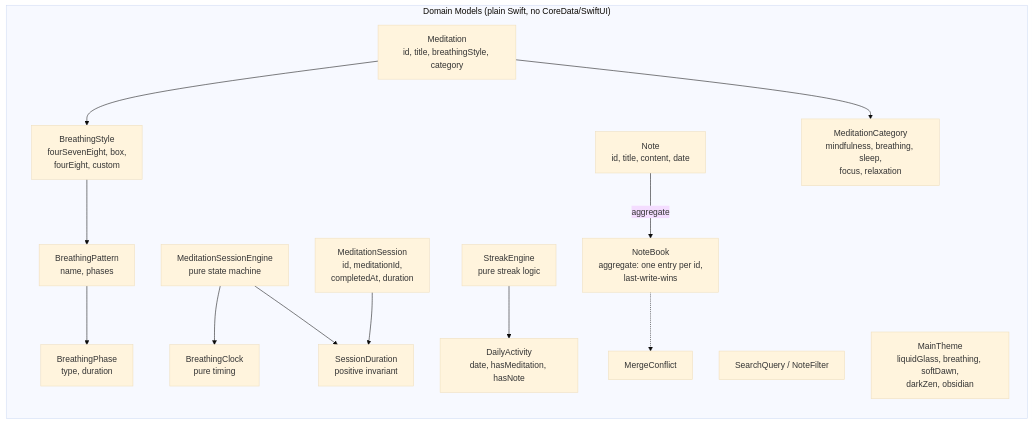
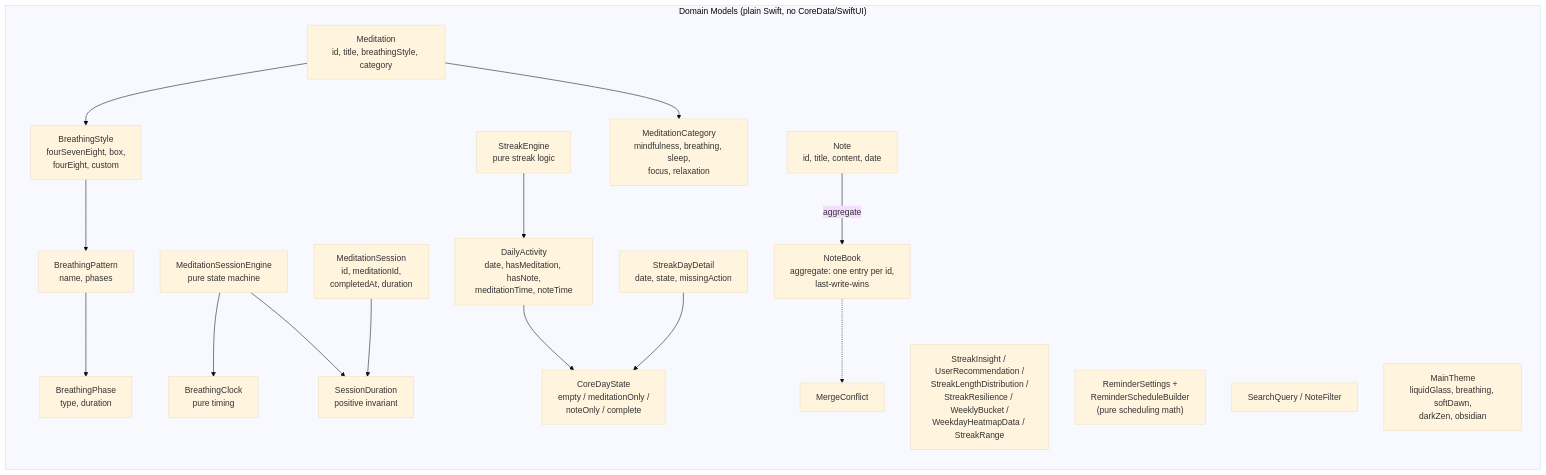
The fourth of 8 diagrams in ARCHITECTURE.md (kwazzar/MeditateAndNote), drawn with Mermaid (base theme) before and after one commit. The commit also changed other lines of this file, not shown here.

Commit message:
docs: update ARCHITECTURE.md for onboarding, reminders, streak insights and concurrency changes

````diff
--- a/ARCHITECTURE.md
+++ b/ARCHITECTURE.md
@@ -133,32 +181,38 @@
 ```mermaid
 graph LR
     subgraph Models["Domain Models (plain Swift, no CoreData/SwiftUI)"]
         Note["Note<br/>id, title, content, date"]
         NoteBook["NoteBook<br/>aggregate: one entry per id,<br/>last-write-wins"]
         MergeConflict["MergeConflict"]
         Meditation["Meditation<br/>id, title, breathingStyle, category"]
         BreathingStyle["BreathingStyle<br/>fourSevenEight, box,<br/>fourEight, custom"]
         BreathingPattern["BreathingPattern<br/>name, phases"]
         BreathingPhase["BreathingPhase<br/>type, duration"]
         MeditationCategory["MeditationCategory<br/>mindfulness, breathing, sleep,<br/>focus, relaxation"]
         Session["MeditationSession<br/>id, meditationId,<br/>completedAt, duration"]
         SessionDuration["SessionDuration<br/>positive invariant"]
         Engine["MeditationSessionEngine<br/>pure state machine"]
         Clock["BreathingClock<br/>pure timing"]
-        DailyAct["DailyActivity<br/>date, hasMeditation, hasNote"]
+        DayState["CoreDayState<br/>empty / meditationOnly /<br/>noteOnly / complete"]
+        DailyAct["DailyActivity<br/>date, hasMeditation, hasNote,<br/>meditationTime, noteTime"]
+        DayDetail["StreakDayDetail<br/>date, state, missingAction"]
         StreakEngine["StreakEngine<br/>pure streak logic"]
+        InsightVO["StreakInsight / UserRecommendation /<br/>StreakLengthDistribution /<br/>StreakResilience / WeeklyBucket /<br/>WeekdayHeatmapData / StreakRange"]
+        RemindVO["ReminderSettings +<br/>ReminderScheduleBuilder<br/>(pure scheduling math)"]
         Search["SearchQuery / NoteFilter"]
         MainTheme["MainTheme<br/>liquidGlass, breathing, softDawn,<br/>darkZen, obsidian"]
     end
 
     Meditation --> BreathingStyle
     BreathingStyle --> BreathingPattern
     BreathingPattern --> BreathingPhase
     Meditation --> MeditationCategory
     Engine --> Clock
     Engine --> SessionDuration
     Session --> SessionDuration
+    DailyAct --> DayState
+    DayDetail --> DayState
     StreakEngine --> DailyAct
     Note -- aggregate --> NoteBook
     NoteBook -.-> MergeConflict
 ```
````
